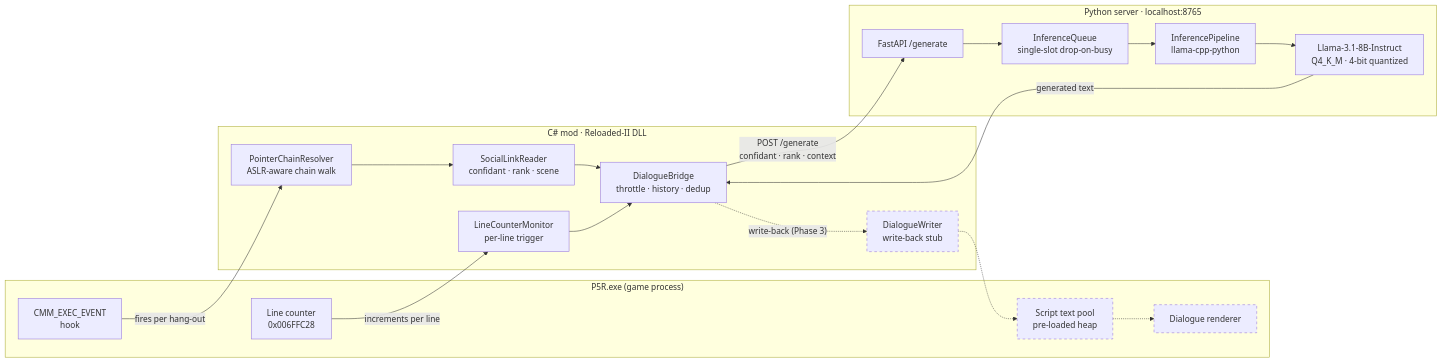
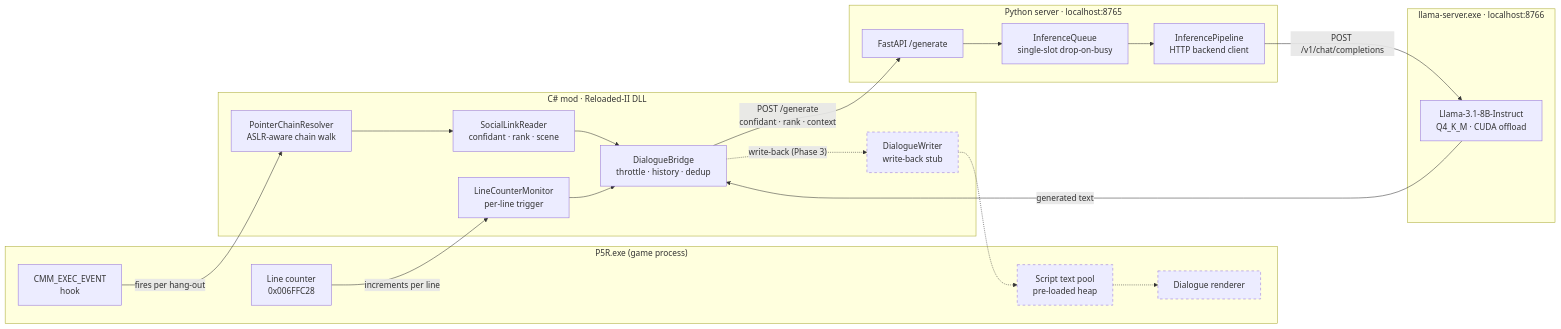
Before and after one commit to SrijanSuresh/p5r-gen-social-links: the diagram in README.md, drawn with Mermaid. The commit also changed other lines of this file, not shown here.

First line of the commit message:
docs(readme): document the llama-server backend and real output

````diff
--- a/README.md
+++ b/README.md
@@ -28,38 +30,42 @@
 ```mermaid
 flowchart LR
     subgraph game ["P5R.exe (game process)"]
         hook["CMM_EXEC_EVENT\nhook"]
         counter["Line counter\n0x006FFC28"]
         pool["Script text pool\npre-loaded heap"]
         renderer["Dialogue renderer"]
     end
 
     subgraph mod ["C# mod  ·  Reloaded-II DLL"]
         chain["PointerChainResolver\nASLR-aware chain walk"]
         reader["SocialLinkReader\nconfidant · rank · scene"]
         monitor["LineCounterMonitor\nper-line trigger"]
         bridge["DialogueBridge\nthrottle · history · dedup"]
         writer["DialogueWriter\nwrite-back stub"]
     end
 
     subgraph server ["Python server  ·  localhost:8765"]
         api["FastAPI  /generate"]
         queue["InferenceQueue\nsingle-slot drop-on-busy"]
-        pipe["InferencePipeline\nllama-cpp-python"]
-        model["Llama-3.1-8B-Instruct\nQ4_K_M · 4-bit quantized"]
+        pipe["InferencePipeline\nHTTP backend client"]
+    end
+
+    subgraph engine ["llama-server.exe  ·  localhost:8766"]
+        model["Llama-3.1-8B-Instruct\nQ4_K_M · CUDA offload"]
     end
 
     hook -->|fires per hang-out| chain
     counter -->|increments per line| monitor
     chain --> reader --> bridge
     monitor --> bridge
     bridge -->|"POST /generate\nconfidant · rank · context"| api
-    api --> queue --> pipe --> model
+    api --> queue --> pipe
+    pipe -->|"POST /v1/chat/completions"| model
     model -->|generated text| bridge
     bridge -.->|"write-back (Phase 3)"| writer
     writer -.-> pool -.-> renderer
 
     style writer stroke-dasharray: 5 5
     style pool stroke-dasharray: 5 5
     style renderer stroke-dasharray: 5 5
 ```
````
